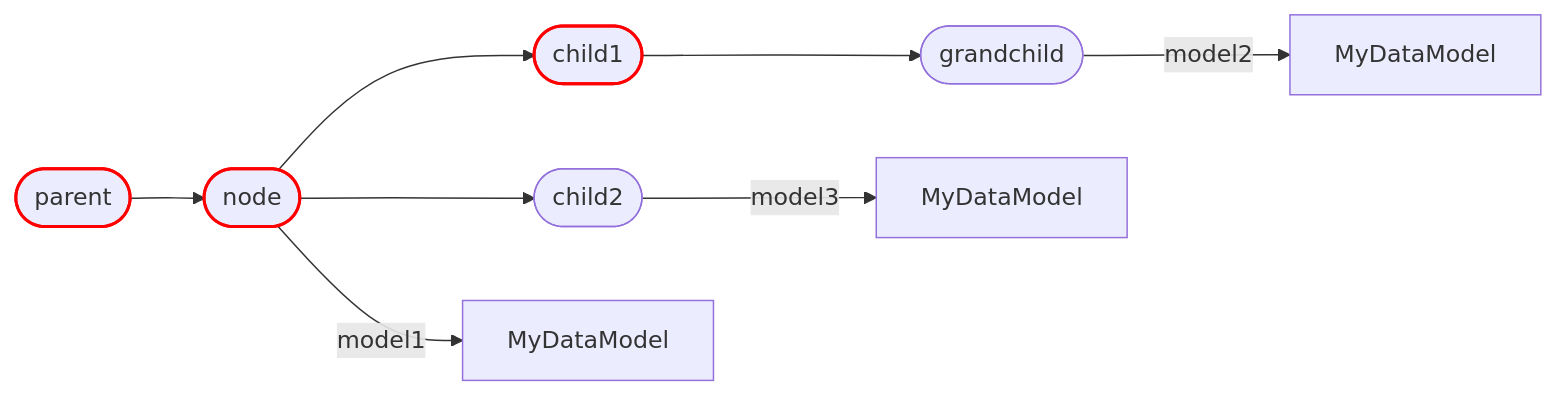
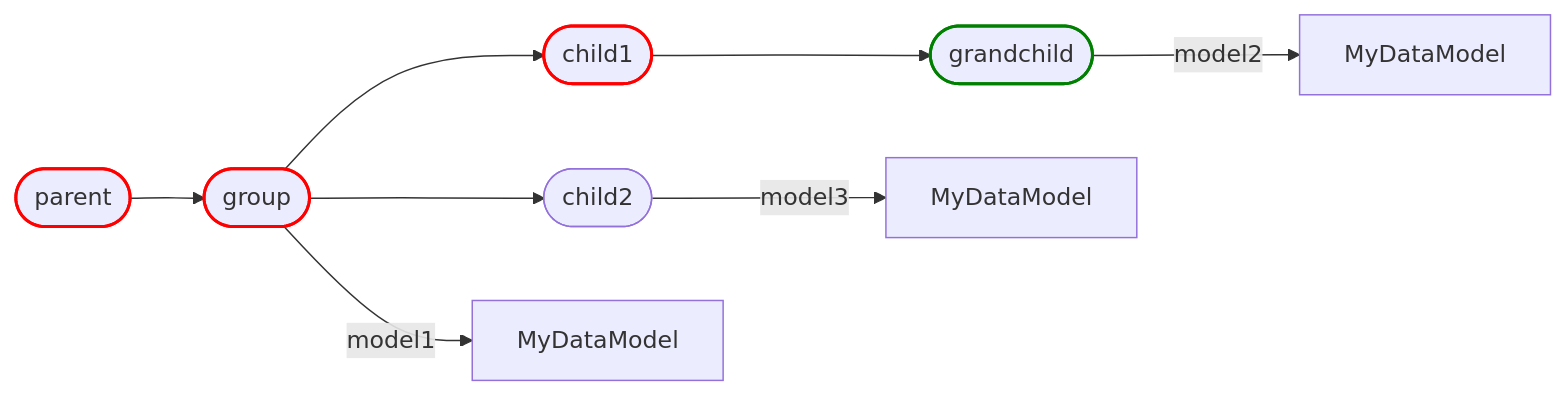
One commit to rmorshea/artigraph changed the eighth of 8 diagrams in docs/usage.md. Above: the diagram before and after it, drawn with Mermaid. The commit also changed other lines of this file and 9 other files, not shown here.

````diff
--- a/docs/usage.md
+++ b/docs/usage.md
@@ -457,23 +485,24 @@
 ```mermaid
 graph LR
     p([parent])
-    n([node])
+    n([group])
     c1([child1])
     c2([child2])
     g([grandchild])
     m1[MyDataModel]
     m2[MyDataModel]
     m3[MyDataModel]
 
+    style g stroke:green,stroke-width:2px
     style p stroke:red,stroke-width:2px
     style n stroke:red,stroke-width:2px
     style c1 stroke:red,stroke-width:2px
 
     p --> n
     n --> |model1| m1
     n --> c1
     n --> c2
     c1 --> g
     g --> |model2| m2
     c2 --> |model3| m3
 ```
````
